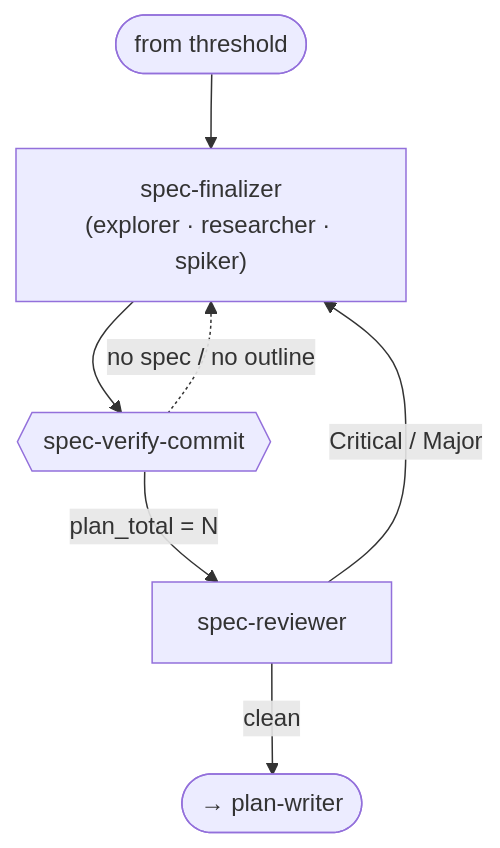
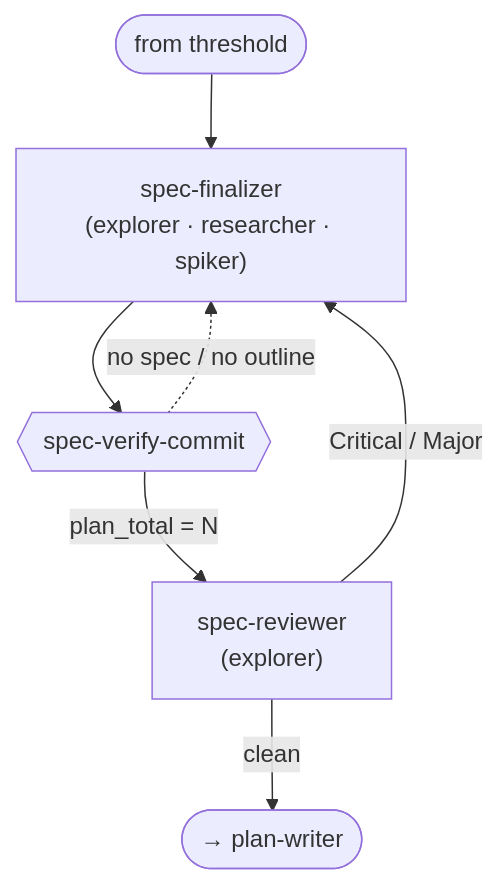
Before and after one commit to jpoimboe/imp: the ninth of 13 diagrams in docs/internals/architecture.md, drawn with Mermaid. The commit also changed other lines of this file and 1 other file, not shown here.

First line of the commit message:
docs: record the reviewers' explorer grant and plan-writer's spiker

````diff
--- a/docs/internals/architecture.md
+++ b/docs/internals/architecture.md
@@ -195,9 +195,9 @@
 ```mermaid
 flowchart TD
   in([from threshold]) --> SF["spec-finalizer<br/>(explorer · researcher · spiker)"]
   SF --> SVC{{"spec-verify-commit"}}
   SVC -. "no spec / no outline" .-> SF
-  SVC -->|"plan_total = N"| SR["spec-reviewer"]
+  SVC -->|"plan_total = N"| SR["spec-reviewer<br/>(explorer)"]
   SR -->|"Critical / Major"| SF
   SR -->|clean| out([→ plan-writer])
 ```
````
